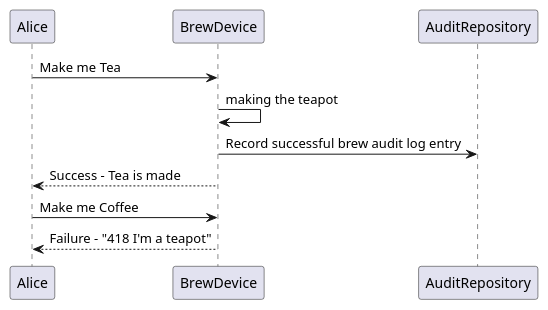
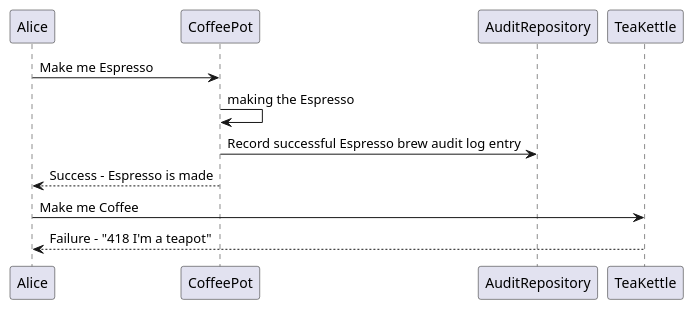
Before and after one commit to DavidPyke/HotBeverage: the diagram in HotBeverage/input/images-source/brewRequest.plantuml, drawn with PlantUML. The commit also changed 1 other file, not shown here.

Commit message:
fixed diagram, and added example of the operation

```diff
--- a/HotBeverage/input/images-source/brewRequest.plantuml
+++ b/HotBeverage/input/images-source/brewRequest.plantuml
@@ -1,9 +1,9 @@
 @startuml
-Alice -> BrewDevice: Make me Tea
-BrewDevice -> BrewDevice: making the teapot
-BrewDevice -> AuditRepository: Record successful brew audit log entry
-BrewDevice --> Alice: Success - Tea is made
+Alice -> CoffeePot: Make me Espresso
+CoffeePot -> CoffeePot: making the Espresso
+CoffeePot -> AuditRepository: Record successful Espresso brew audit log entry
+CoffeePot --> Alice: Success - Espresso is made
 
-Alice -> BrewDevice: Make me Coffee
-Alice <-- BrewDevice: Failure - "418 I'm a teapot"
+Alice -> TeaKettle: Make me Coffee
+Alice <-- TeaKettle: Failure - "418 I'm a teapot"
 @enduml
```
